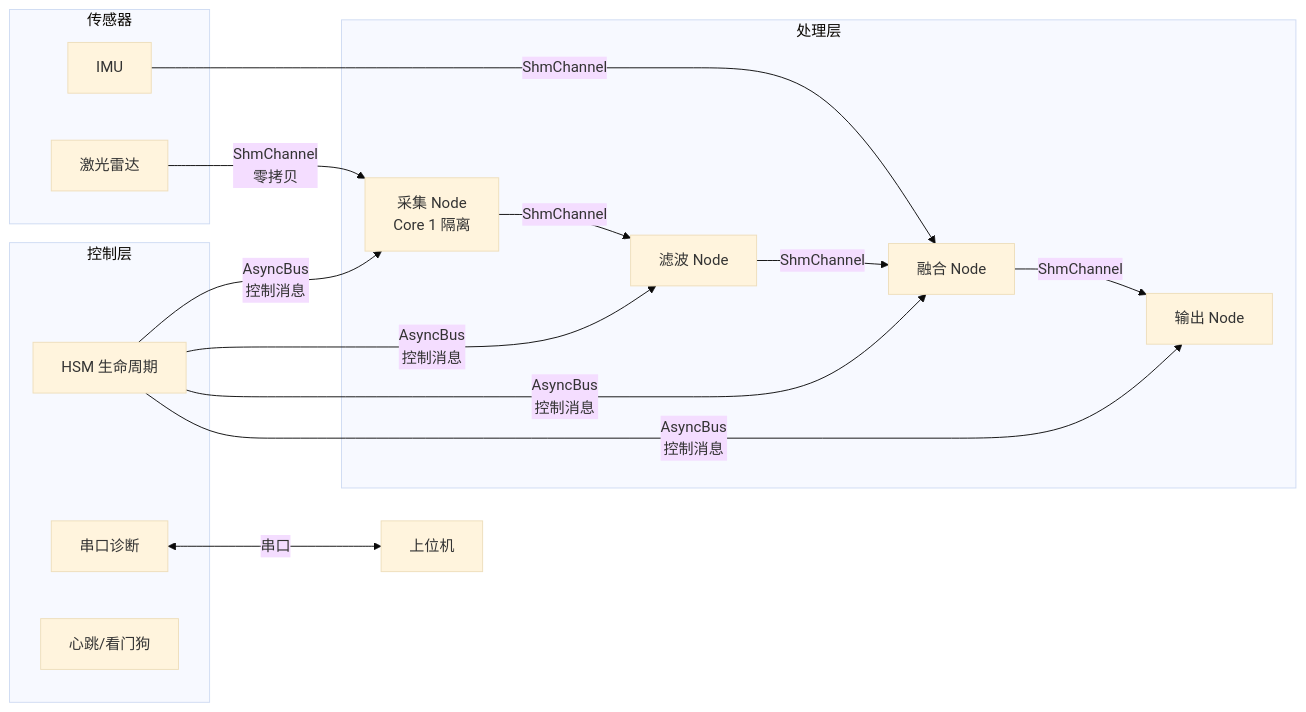
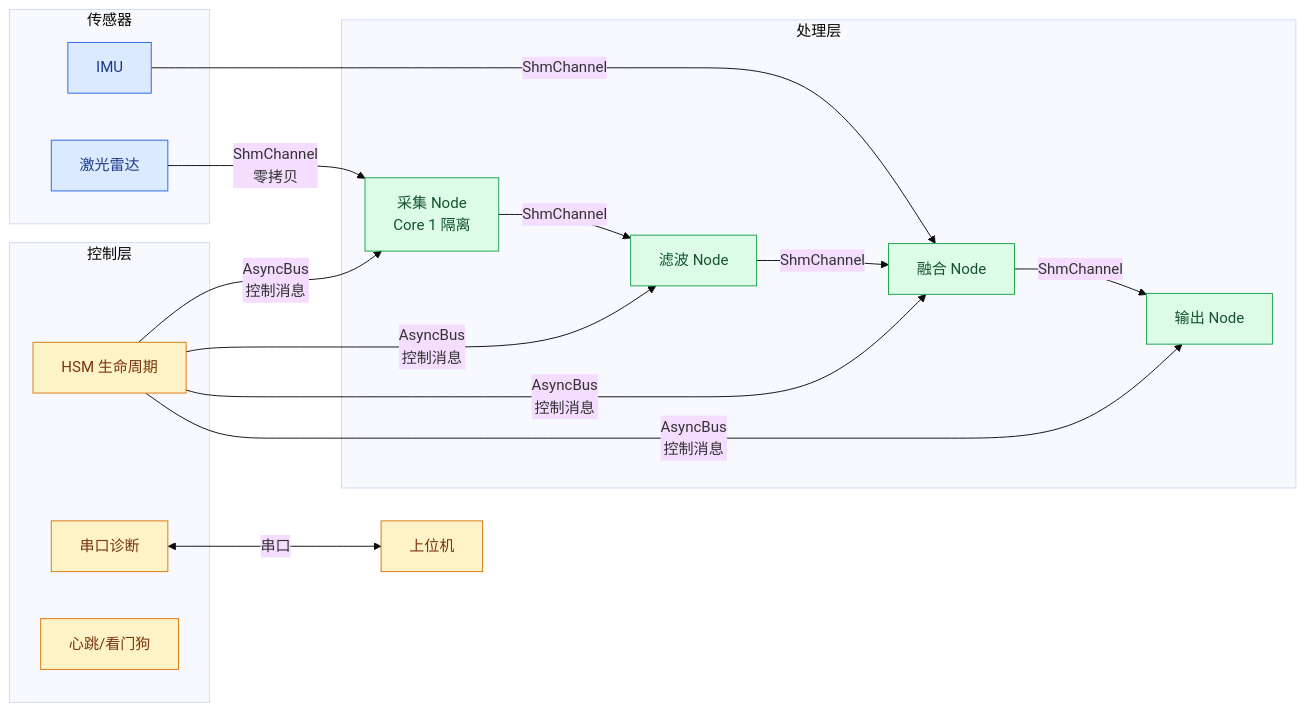
One commit to DeguiLiu/tech-notes changed the ninth of 9 diagrams in content/posts/architecture/embedded_streaming_data_architecture.md. Above: the diagram before and after it, drawn with Mermaid (base theme). The commit also changed other lines of this file and 16 other files, not shown here.

First line of the commit message:
story-docs(blog): de-AI architecture and pattern posts, add project links

````diff
--- a/content/posts/architecture/embedded_streaming_data_architecture.md
+++ b/content/posts/architecture/embedded_streaming_data_architecture.md
@@ -419,27 +461,33 @@
 ```mermaid
 flowchart LR
     subgraph SENSOR["传感器"]
         LIDAR["激光雷达"]
         IMU["IMU"]
     end
 
     subgraph PROCESS["处理层"]
         ACQ["采集 Node\nCore 1 隔离"]
         FILTER["滤波 Node"]
         FUSE["融合 Node"]
         OUT["输出 Node"]
     end
 
     subgraph CTRL["控制层"]
         HSM_D["HSM 生命周期"]
         DIAG["串口诊断"]
         TIMER_D["心跳/看门狗"]
     end
 
     LIDAR -->|"ShmChannel\n零拷贝"| ACQ
     IMU -->|"ShmChannel"| FUSE
     ACQ -->|"ShmChannel"| FILTER -->|"ShmChannel"| FUSE -->|"ShmChannel"| OUT
 
     HSM_D -->|"AsyncBus\n控制消息"| ACQ & FILTER & FUSE & OUT
     DIAG <-->|"串口"| HOST["上位机"]
+    classDef sensor fill:#dbeafe,stroke:#2563eb,color:#1e3a8a
+    classDef proc fill:#dcfce7,stroke:#16a34a,color:#14532d
+    classDef ctrl fill:#fef3c7,stroke:#d97706,color:#78350f
+    class LIDAR,IMU sensor
+    class ACQ,FILTER,FUSE,OUT proc
+    class HSM_D,DIAG,TIMER_D,HOST ctrl
 ```
````
